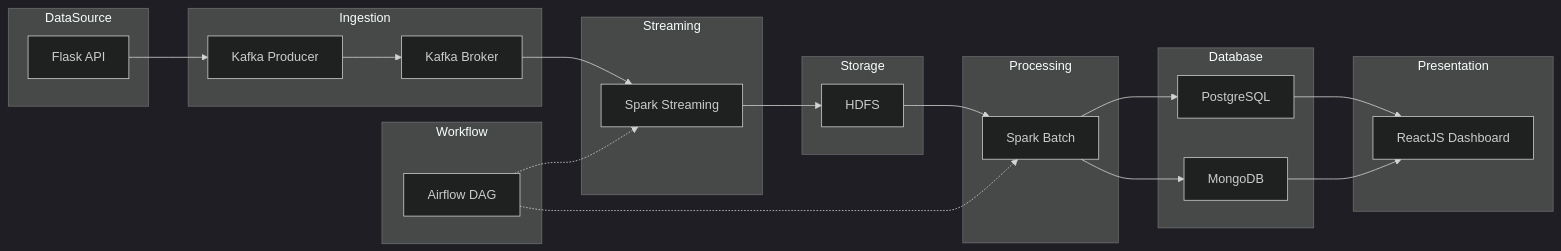
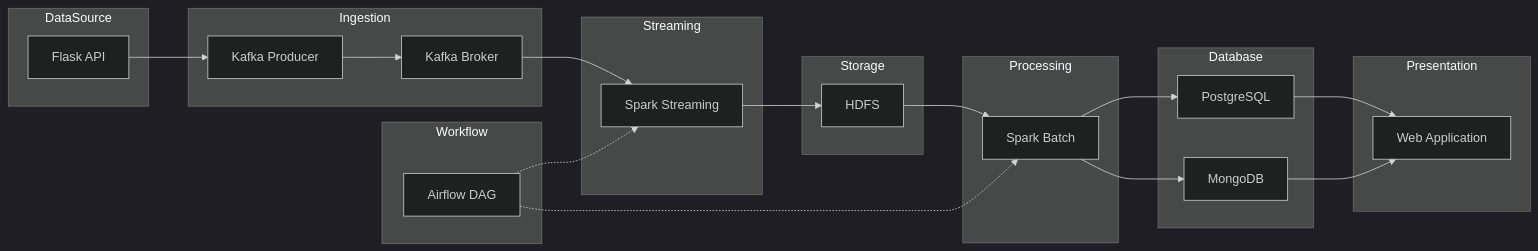
Before and after one commit to stupidboi02/DATN: the diagram in README.md, drawn with Mermaid (dark theme). The commit also changed other lines of this file, not shown here.

````diff
--- a/README.md
+++ b/README.md
@@ -116,38 +72,38 @@
 ```mermaid
 flowchart LR
     subgraph DataSource
         A1[Flask API]
     end
     subgraph Ingestion
         B1[Kafka Producer]
         B2[Kafka Broker]
     end
     subgraph Streaming
         C1[Spark Streaming]
     end
     subgraph Storage
         D1[HDFS]
     end
     subgraph Processing
         E1[Spark Batch]
     end
     subgraph Database
         F1[PostgreSQL]
         F2[MongoDB]
     end
     subgraph Workflow
         G1[Airflow DAG]
     end
     subgraph Presentation
-        H1[ReactJS Dashboard]
+        H1[Web Application]
     end
 
     A1 --> B1 --> B2 --> C1 --> D1
     G1 -.-> C1
     D1 --> E1
     G1 -.-> E1
     E1 --> F1
     E1 --> F2
     F1 --> H1
     F2 --> H1
 ```
````
